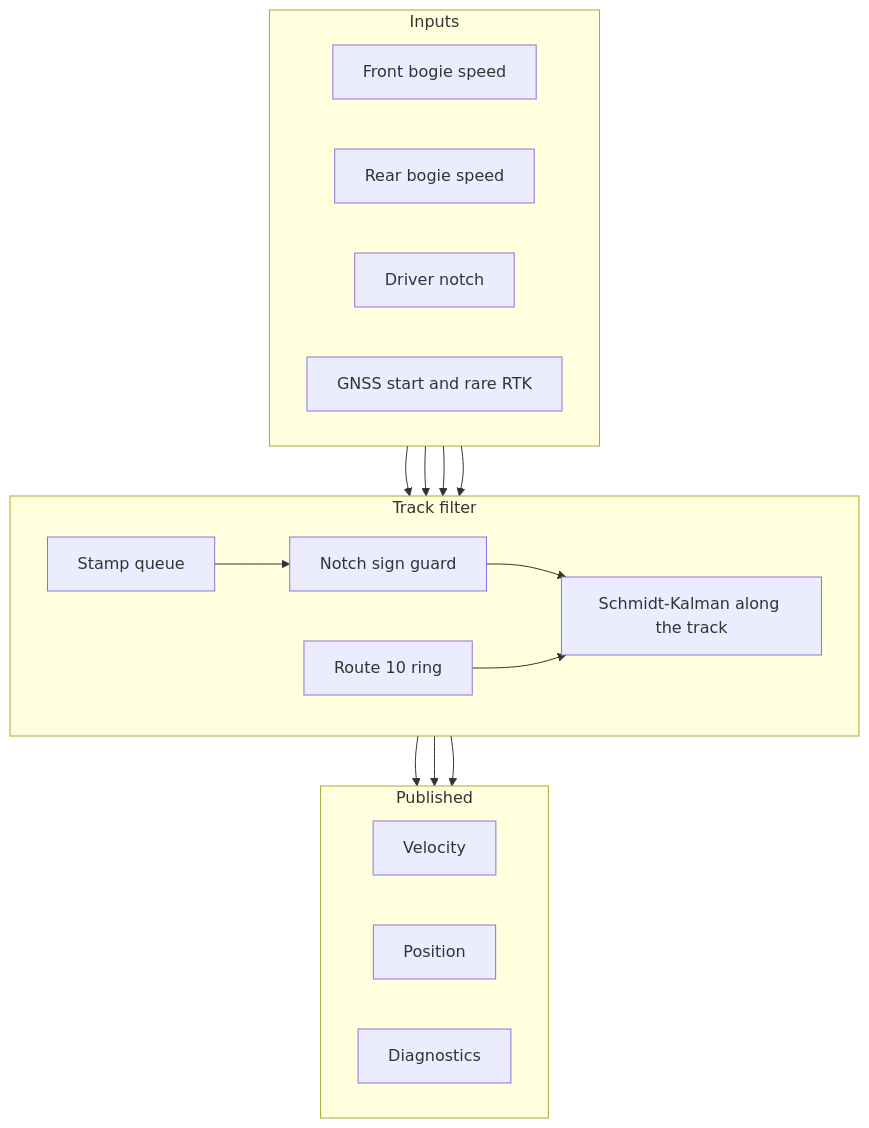
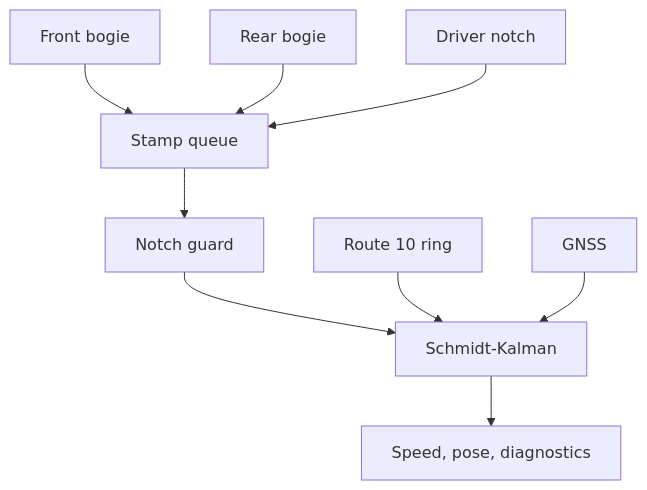
The diagram in README.md (KonkovDV/RailBreak), drawn with Mermaid before and after one commit. The commit also changed other lines of this file and 3 other files, not shown here.

First line of the commit message:
Поднять запуск в начало README и сузить схемы, чтобы GitHub рисовал их целиком.

````diff
--- a/README.md
+++ b/README.md
@@ -47,32 +66,11 @@
 ```mermaid
 flowchart TB
-  subgraph inputs [Inputs]
-    direction LR
-    bf[Front bogie speed]
-    br[Rear bogie speed]
-    cmd[Driver notch]
-    gnss[GNSS start and rare RTK]
-  end
-  subgraph core [Track filter]
-    direction LR
-    q[Stamp queue]
-    nf[Notch sign guard]
-    ekf[Schmidt-Kalman along the track]
-    ring[Route 10 ring]
-  end
-  subgraph published [Published]
-    direction LR
-    vel[Velocity]
-    pos[Position]
-    diag[Diagnostics]
-  end
-  bf --> q
-  br --> q
-  cmd --> q
-  q --> nf --> ekf
-  ring --> ekf
-  gnss --> ekf
-  ekf --> vel
-  ekf --> pos
-  ekf --> diag
+  bf[Front bogie] --> q[Stamp queue]
+  br[Rear bogie] --> q
+  cmd[Driver notch] --> q
+  q --> nf[Notch guard]
+  nf --> ekf[Schmidt-Kalman]
+  ring[Route 10 ring] --> ekf
+  gnss[GNSS] --> ekf
+  ekf --> out[Speed, pose, diagnostics]
 ```
````
